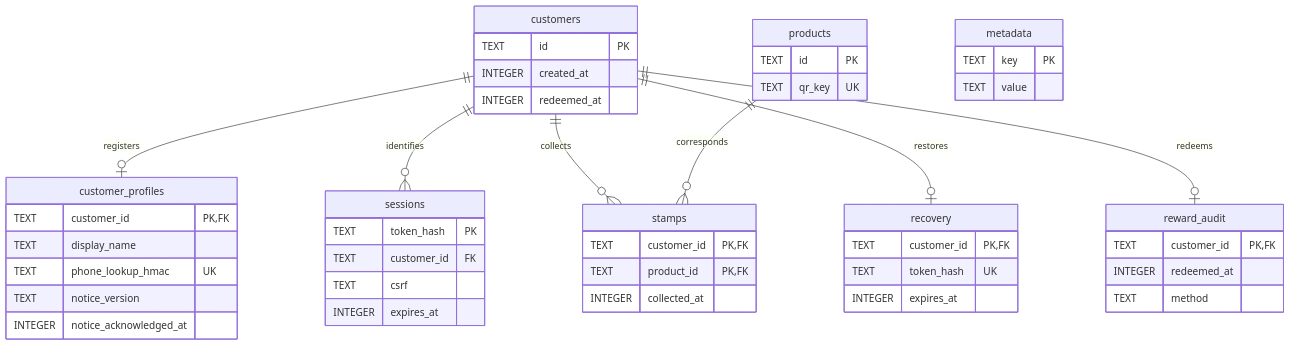
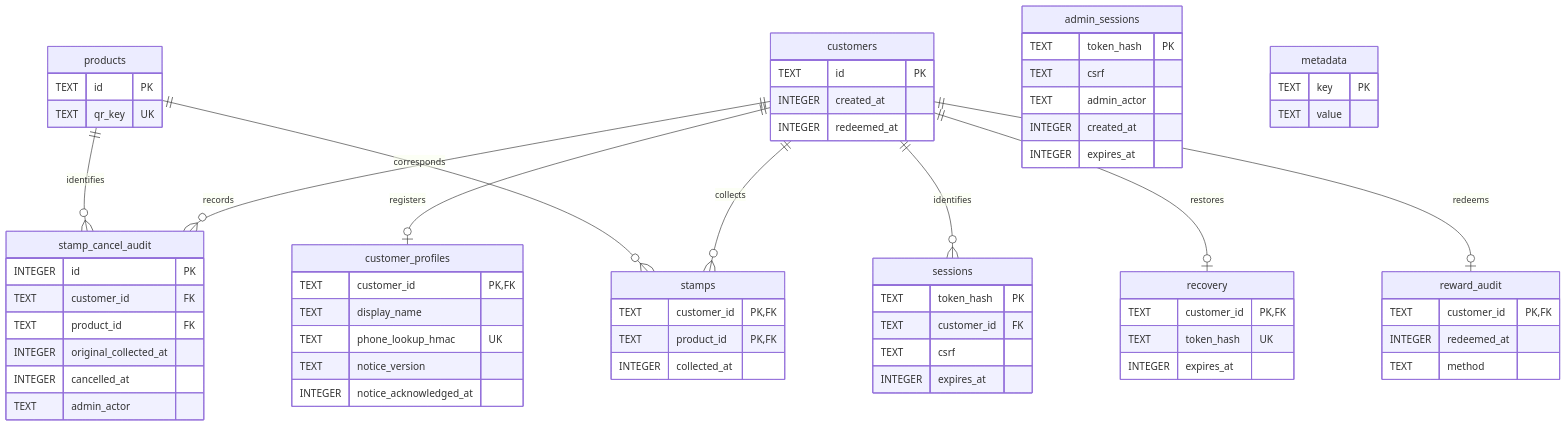
Before and after one commit to nuyhsp02/maison-de-gourmet-stamp: the third of 3 diagrams in README.md, drawn with Mermaid. The commit also changed other lines of this file and 25 other files, not shown here.

````diff
--- a/README.md
+++ b/README.md
@@ -84,50 +88,67 @@
 ```mermaid
 erDiagram
+    customers ||--o{ stamp_cancel_audit : records
+    products ||--o{ stamp_cancel_audit : identifies
+    stamp_cancel_audit {
+        INTEGER id PK
+        TEXT customer_id FK
+        TEXT product_id FK
+        INTEGER original_collected_at
+        INTEGER cancelled_at
+        TEXT admin_actor
+    }
+    admin_sessions {
+        TEXT token_hash PK
+        TEXT csrf
+        TEXT admin_actor
+        INTEGER created_at
+        INTEGER expires_at
+    }
     customers ||--o| customer_profiles : registers
     customers ||--o{ sessions : identifies
     customers ||--o{ stamps : collects
     products ||--o{ stamps : corresponds
     customers ||--o| recovery : restores
     customers ||--o| reward_audit : redeems
     customers {
         TEXT id PK
         INTEGER created_at
         INTEGER redeemed_at
     }
     customer_profiles {
         TEXT customer_id PK,FK
         TEXT display_name
         TEXT phone_lookup_hmac UK
         TEXT notice_version
         INTEGER notice_acknowledged_at
     }
     metadata {
         TEXT key PK
         TEXT value
     }
     products {
         TEXT id PK
         TEXT qr_key UK
     }
     sessions {
         TEXT token_hash PK
         TEXT customer_id FK
         TEXT csrf
         INTEGER expires_at
     }
     stamps {
         TEXT customer_id PK,FK
         TEXT product_id PK,FK
         INTEGER collected_at
     }
     recovery {
         TEXT customer_id PK,FK
         TEXT token_hash UK
         INTEGER expires_at
     }
     reward_audit {
         TEXT customer_id PK,FK
         INTEGER redeemed_at
         TEXT method
     }
 ```
````
